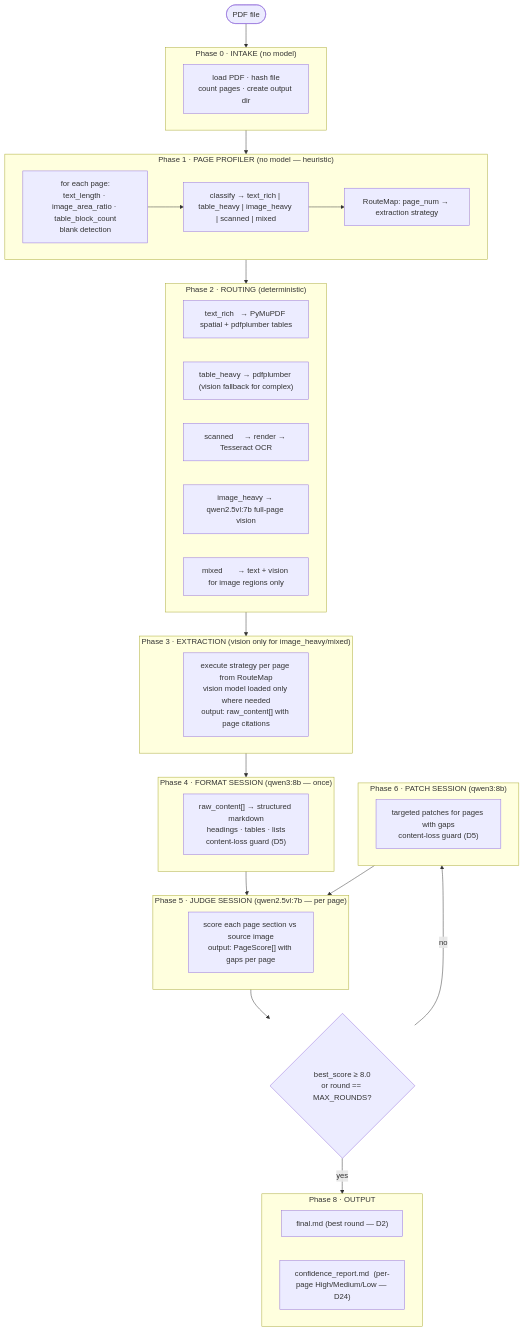
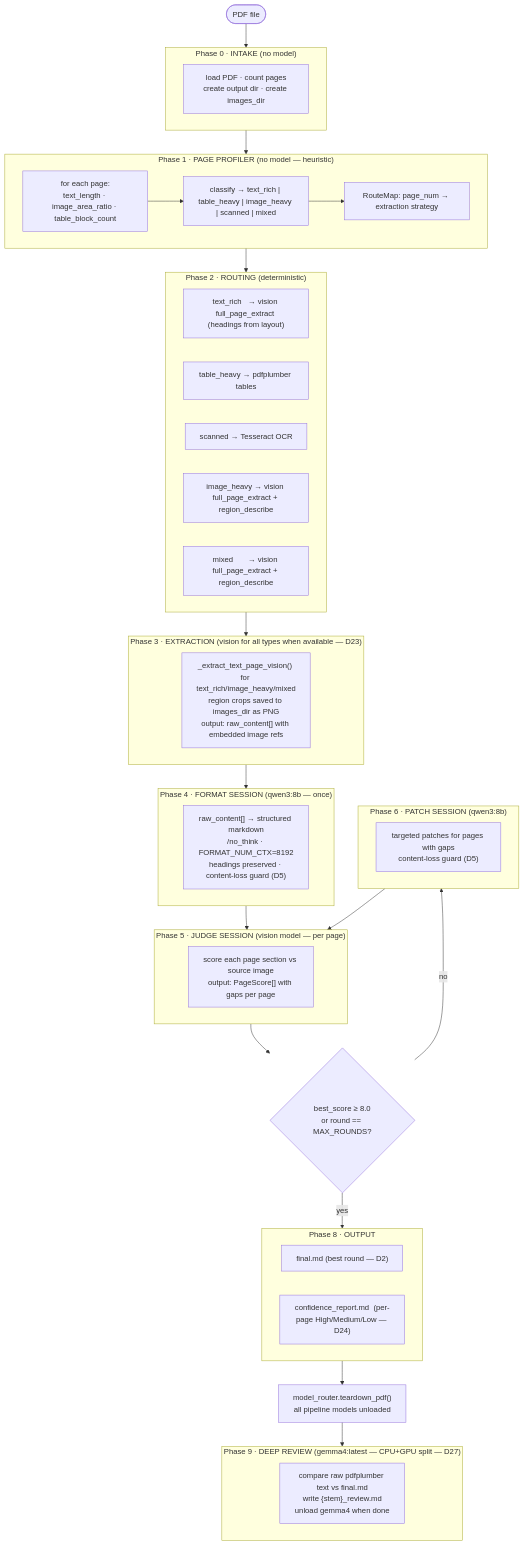
Before and after one commit to prashanth-ds-ml/cloak: the second of 6 diagrams in docs/ARCHITECTURE.md, drawn with Mermaid. The commit also changed other lines of this file and 11 other files, not shown here.

First line of the commit message:
Session 8 — Phase 9, fallback swap, heading fix, doc sync

````diff
--- a/docs/ARCHITECTURE.md
+++ b/docs/ARCHITECTURE.md
@@ -45,60 +44,67 @@
 ```mermaid
 flowchart TD
     A([PDF file]) --> P0
 
     subgraph P0["Phase 0 · INTAKE  (no model)"]
-        I1["load PDF · hash file\ncount pages · create output dir"]
+        I1["load PDF · count pages\ncreate output dir · create images_dir"]
     end
 
     P0 --> P1
 
     subgraph P1["Phase 1 · PAGE PROFILER  (no model — heuristic)"]
-        PR1["for each page:\ntext_length · image_area_ratio · table_block_count\nblank detection"]
+        PR1["for each page:\ntext_length · image_area_ratio · table_block_count"]
         PR1 --> PR2["classify → text_rich | table_heavy | image_heavy | scanned | mixed"]
         PR2 --> PR3["RouteMap: page_num → extraction strategy"]
     end
 
     P1 --> P2
 
     subgraph P2["Phase 2 · ROUTING  (deterministic)"]
-        R1["text_rich   → PyMuPDF spatial + pdfplumber tables"]
-        R2["table_heavy → pdfplumber (vision fallback for complex)"]
-        R3["scanned     → render → Tesseract OCR"]
-        R4["image_heavy → qwen2.5vl:7b full-page vision"]
-        R5["mixed       → text + vision for image regions only"]
+        R1["text_rich   → vision full_page_extract (headings from layout)"]
+        R2["table_heavy → pdfplumber tables"]
+        R3["scanned     → Tesseract OCR"]
+        R4["image_heavy → vision full_page_extract + region_describe"]
+        R5["mixed       → vision full_page_extract + region_describe"]
     end
 
     P2 --> P3
 
-    subgraph P3["Phase 3 · EXTRACTION  (vision only for image_heavy/mixed)"]
-        E1["execute strategy per page from RouteMap\nvision model loaded only where needed\noutput: raw_content[] with page citations"]
+    subgraph P3["Phase 3 · EXTRACTION  (vision for all types when available — D23)"]
+        E1["_extract_text_page_vision() for text_rich/image_heavy/mixed\nregion crops saved to images_dir as PNG\noutput: raw_content[] with embedded image refs"]
     end
 
     P3 --> P4
 
     subgraph P4["Phase 4 · FORMAT SESSION  (qwen3:8b — once)"]
-        F1["raw_content[] → structured markdown\nheadings · tables · lists\ncontent-loss guard (D5)"]
+        F1["raw_content[] → structured markdown\n/no_think · FORMAT_NUM_CTX=8192\nheadings preserved · content-loss guard (D5)"]
     end
 
     P4 --> P5
 
-    subgraph P5["Phase 5 · JUDGE SESSION  (qwen2.5vl:7b — per page)"]
+    subgraph P5["Phase 5 · JUDGE SESSION  (vision model — per page)"]
         J1["score each page section vs source image\noutput: PageScore[] with gaps per page"]
     end
 
     P5 --> CHK{best_score ≥ 8.0\nor round == MAX_ROUNDS?}
     CHK -->|no| P6
 
     subgraph P6["Phase 6 · PATCH SESSION  (qwen3:8b)"]
         PA1["targeted patches for pages with gaps\ncontent-loss guard (D5)"]
     end
 
     P6 --> P5
 
     CHK -->|yes| P8
 
     subgraph P8["Phase 8 · OUTPUT"]
         O1["final.md  (best round — D2)"]
         O2["confidence_report.md  (per-page High/Medium/Low — D24)"]
     end
+
+    P8 --> TD["model_router.teardown_pdf()\nall pipeline models unloaded"]
+    TD --> P9
+
+    subgraph P9["Phase 9 · DEEP REVIEW  (gemma4:latest — CPU+GPU split — D27)"]
+        DR1["compare raw pdfplumber text vs final.md\nwrite {stem}_review.md\nunload gemma4 when done"]
+    end
 ```
````
